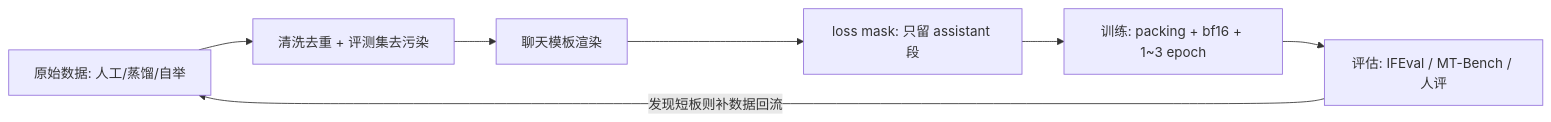
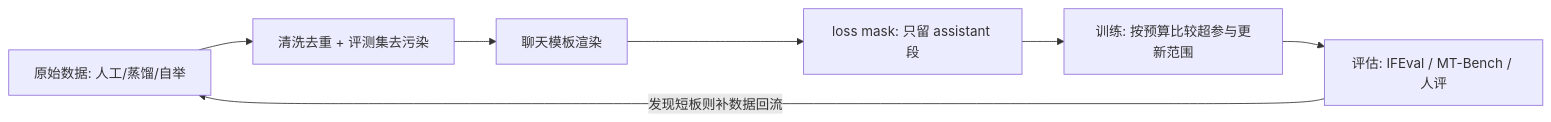
One commit to ChaoyuWang04/MockInterview changed the diagram in knowledge/02-预训练与微调/SFT.md. Above: the diagram before and after it, drawn with Mermaid. The commit also changed other lines of this file and 34 other files, not shown here.

````diff
--- a/knowledge/02-预训练与微调/SFT.md
+++ b/knowledge/02-预训练与微调/SFT.md
@@ -190,9 +224,9 @@
 ```mermaid
 flowchart LR
     A[原始数据: 人工/蒸馏/自举] --> B[清洗去重 + 评测集去污染]
     B --> C[聊天模板渲染]
     C --> D[loss mask: 只留 assistant 段]
-    D --> E[训练: packing + bf16 + 1~3 epoch]
+    D --> E[训练: 按预算比较超参与更新范围]
     E --> F[评估: IFEval / MT-Bench / 人评]
     F -->|发现短板则补数据回流| A
 ```
````
